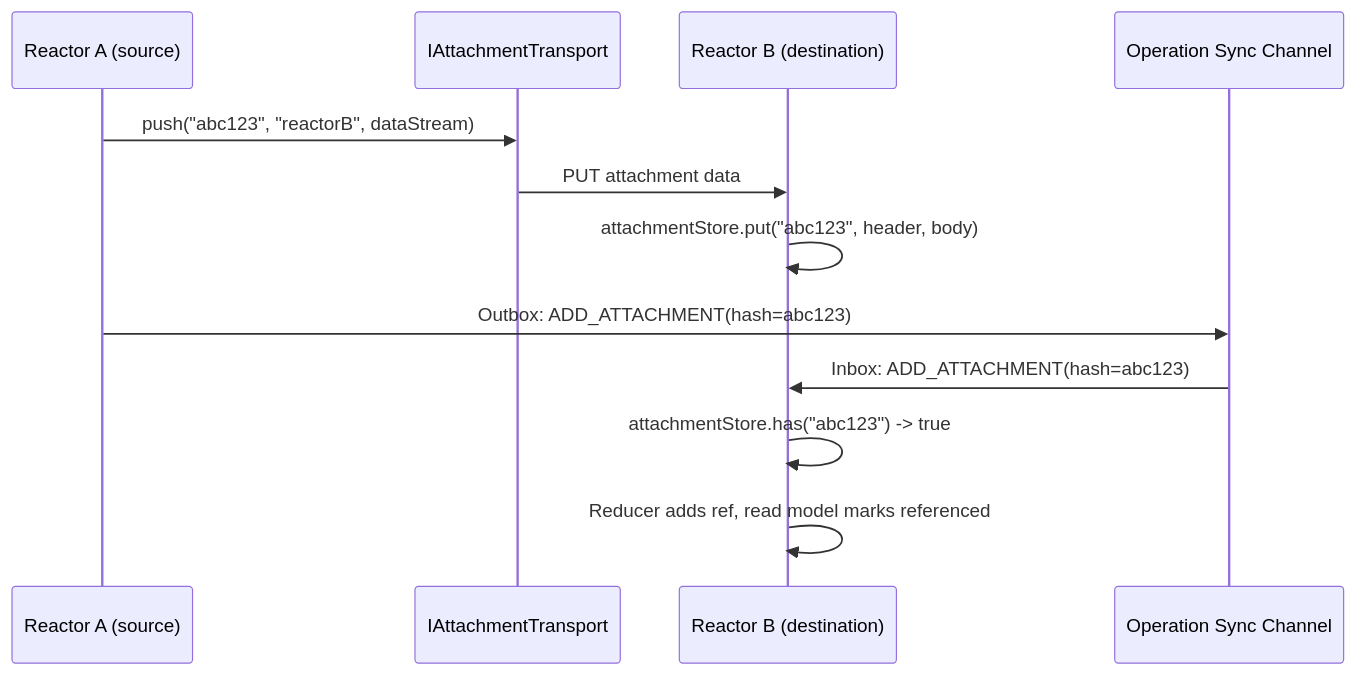
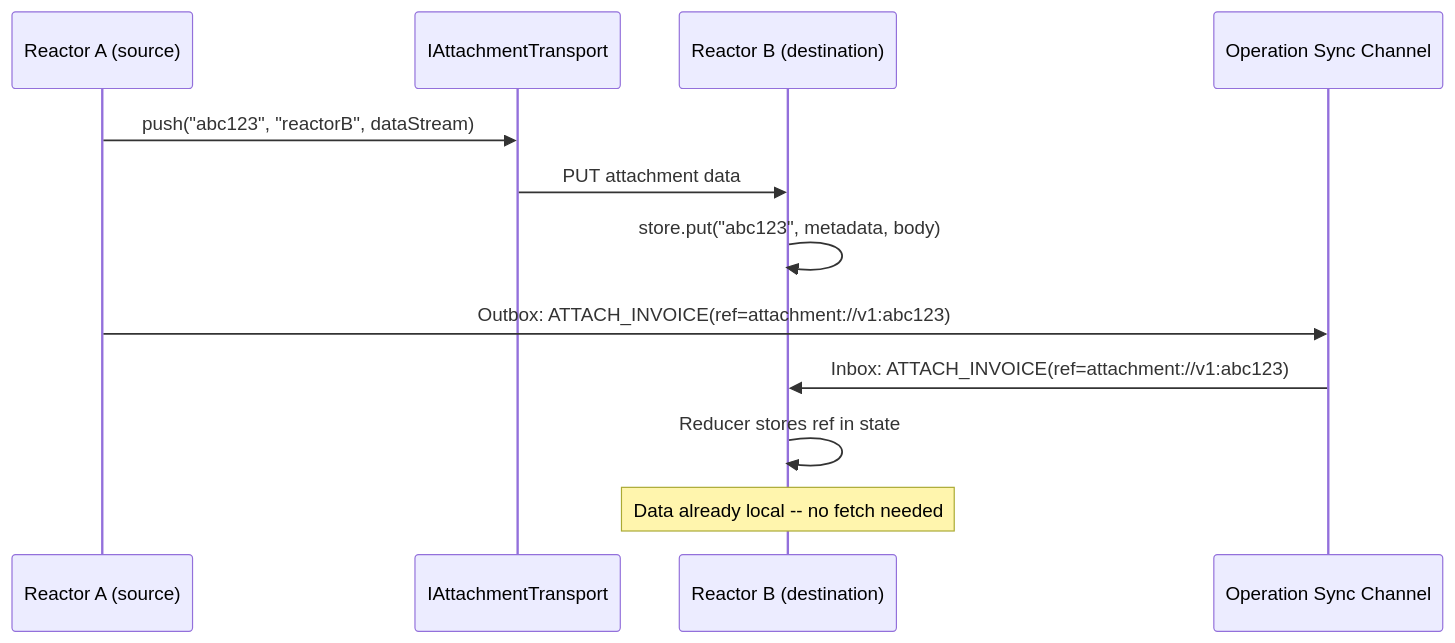
The fourth of 8 diagrams in packages/reactor/docs/attachments.md (powerhouse-inc/powerhouse), drawn with Mermaid before and after one commit. The commit also changed other lines of this file, not shown here.

Commit message:
chore: removing operations and simplifying upload through attachment service

````diff
--- a/packages/reactor/docs/attachments.md
+++ b/packages/reactor/docs/attachments.md
@@ -587,17 +482,16 @@
 ```mermaid
 sequenceDiagram
     participant ReactorA as Reactor A (source)
     participant Transport as IAttachmentTransport
     participant ReactorB as Reactor B (destination)
     participant SyncChannel as Operation Sync Channel
 
     ReactorA->>Transport: push("abc123", "reactorB", dataStream)
     Transport->>ReactorB: PUT attachment data
-    ReactorB->>ReactorB: attachmentStore.put("abc123", header, body)
+    ReactorB->>ReactorB: store.put("abc123", metadata, body)
 
-    ReactorA->>SyncChannel: Outbox: ADD_ATTACHMENT(hash=abc123)
-    SyncChannel->>ReactorB: Inbox: ADD_ATTACHMENT(hash=abc123)
-
-    ReactorB->>ReactorB: attachmentStore.has("abc123") -> true
-    ReactorB->>ReactorB: Reducer adds ref, read model marks referenced
+    ReactorA->>SyncChannel: Outbox: ATTACH_INVOICE(ref=attachment://v1:abc123)
+    SyncChannel->>ReactorB: Inbox: ATTACH_INVOICE(ref=attachment://v1:abc123)
+    ReactorB->>ReactorB: Reducer stores ref in state
+    Note over ReactorB: Data already local -- no fetch needed
 ```
````
